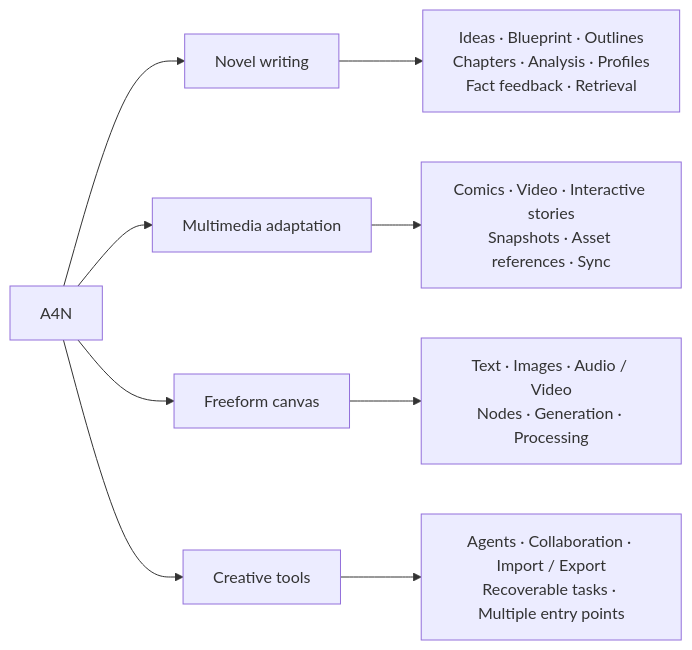
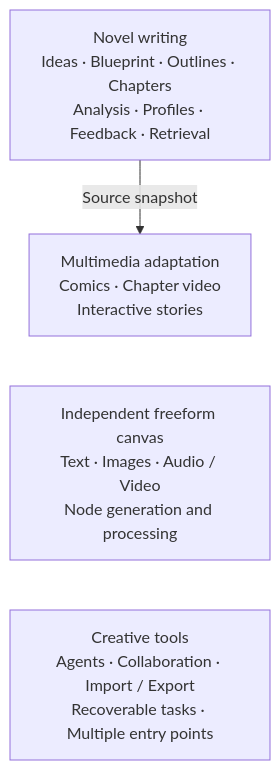
One commit to GTJasonMK/A4N changed the first of 18 diagrams in README.en.md. Above: the diagram before and after it, drawn with Mermaid. The commit also changed other lines of this file and 2 other files, not shown here.

First line of the commit message:
docs: fix README diagram flows and mobile readability

````diff
--- a/README.en.md
+++ b/README.en.md
@@ -28,13 +28,9 @@
 ```mermaid
-flowchart LR
+flowchart TB
   accTitle: A4N feature overview
-  accDescr: Four capability groups cover novel writing, multimedia adaptation, a freeform canvas and shared creative tools.
-  A4N["A4N"] --> writing["Novel writing"]
-  writing --> knowledge["Ideas · Blueprint · Outlines<br/>Chapters · Analysis · Profiles<br/>Fact feedback · Retrieval"]
-  A4N --> adapted["Multimedia adaptation"]
-  adapted --> works["Comics · Video · Interactive stories<br/>Snapshots · Asset references · Sync"]
-  A4N --> canvas["Freeform canvas"]
-  canvas --> nodes["Text · Images · Audio / Video<br/>Nodes · Generation · Processing"]
-  A4N --> platform["Creative tools"]
-  platform --> tools["Agents · Collaboration · Import / Export<br/>Recoverable tasks · Multiple entry points"]
+  accDescr: Novels can become comics, chapter videos and interactive stories through source snapshots. The freeform canvas is an independent entry point. Agents, collaboration, import and export, and recoverable tasks provide support; unconnected blocks do not imply execution order.
+  writing["Novel writing<br/>Ideas · Blueprint · Outlines · Chapters<br/>Analysis · Profiles · Feedback · Retrieval"]
+  writing -->|Source snapshot| adapted["Multimedia adaptation<br/>Comics · Chapter video<br/>Interactive stories"]
+  adapted ~~~ canvas["Independent freeform canvas<br/>Text · Images · Audio / Video<br/>Node generation and processing"]
+  canvas ~~~ tools["Creative tools<br/>Agents · Collaboration · Import / Export<br/>Recoverable tasks · Multiple entry points"]
 ```
````
